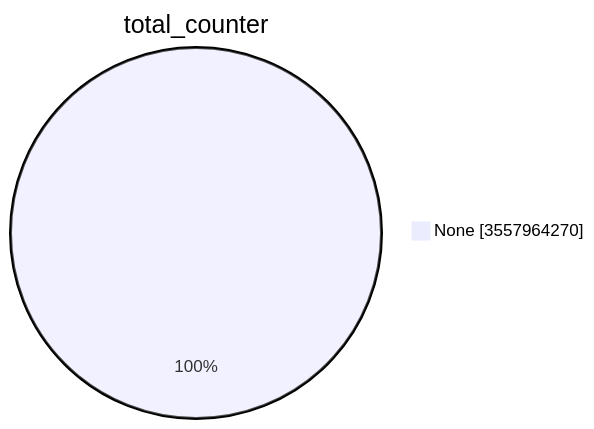
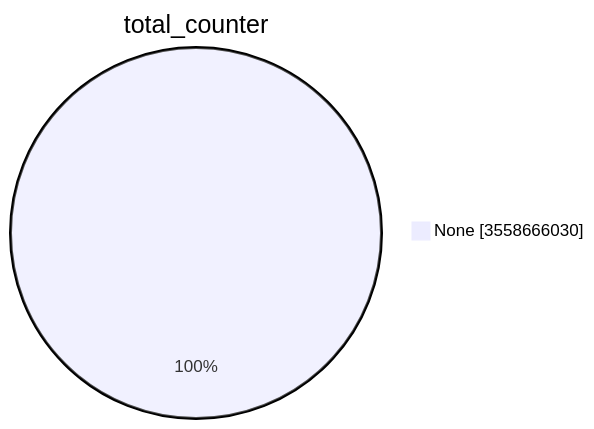
One commit to christiankrug/ctmonitor_visualization changed the first of 15 diagrams in TOTAL/README.md. Above: the diagram before and after it, drawn with Mermaid. The commit also changed other lines of this file, not shown here.

````diff
--- a/TOTAL/README.md
+++ b/TOTAL/README.md
@@ -1,5 +1,5 @@
 ```mermaid
 pie showData
 title total_counter
-"None" :3557964270
+"None" :3558666030
 ```
````
